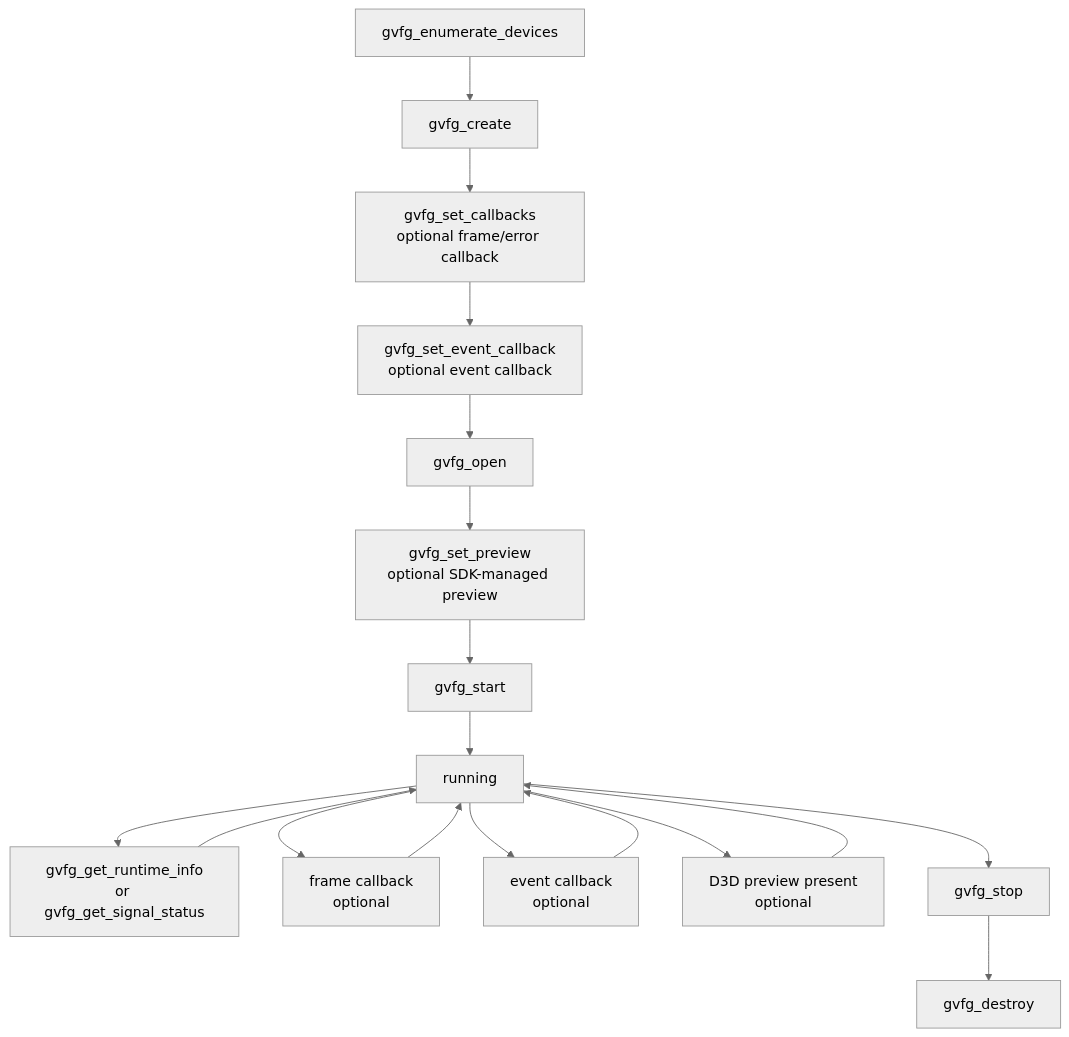
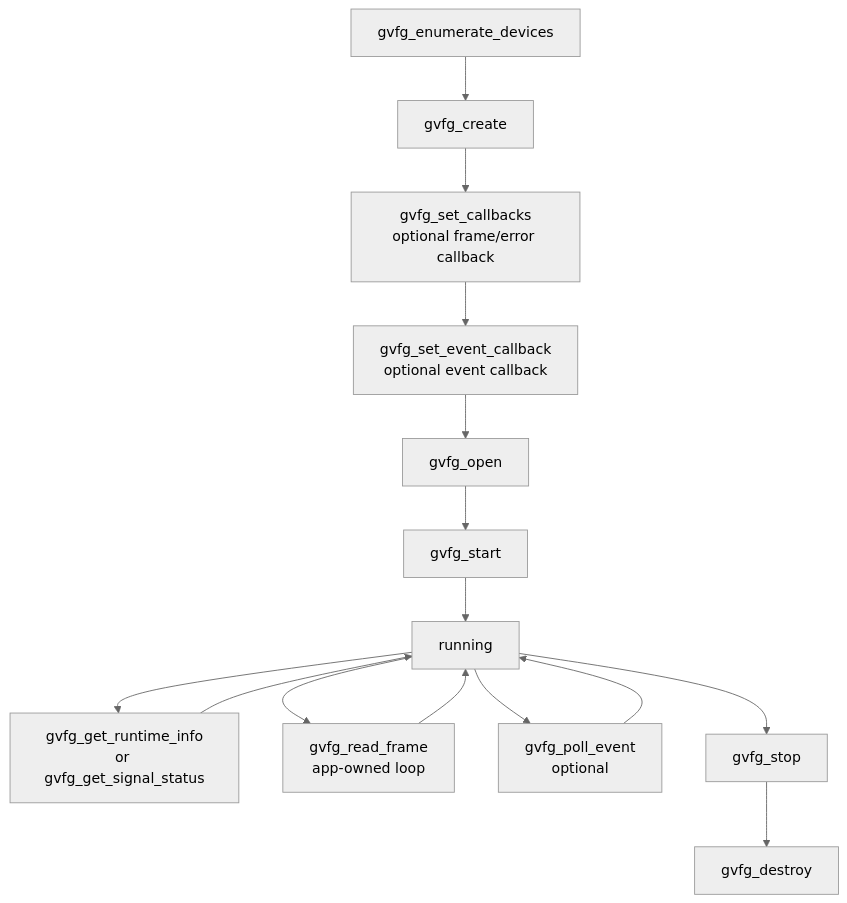
The second of 5 diagrams in docs/GVFG_PROJECT_MAP.md (MarquezLin/GVFG_Standalone), drawn with Mermaid (neutral theme) before and after one commit. The commit also changed other lines of this file and 13 other files, not shown here.

````diff
--- a/docs/GVFG_PROJECT_MAP.md
+++ b/docs/GVFG_PROJECT_MAP.md
@@ -65,20 +65,17 @@
 ```mermaid
 flowchart TD
     A["gvfg_enumerate_devices"] --> B["gvfg_create"]
     B --> C["gvfg_set_callbacks\noptional frame/error callback"]
     C --> D["gvfg_set_event_callback\noptional event callback"]
     D --> E["gvfg_open"]
-    E --> F["gvfg_set_preview\noptional SDK-managed preview"]
-    F --> G["gvfg_start"]
+    E --> G["gvfg_start"]
     G --> H["running"]
     H --> I["gvfg_get_runtime_info\nor gvfg_get_signal_status"]
-    H --> J["frame callback\noptional"]
-    H --> K["event callback\noptional"]
-    H --> L["D3D preview present\noptional"]
+    H --> J["gvfg_read_frame\napp-owned loop"]
+    H --> K["gvfg_poll_event\noptional"]
     I --> H
     J --> H
     K --> H
-    L --> H
     H --> M["gvfg_stop"]
     M --> N["gvfg_destroy"]
 ```
````
